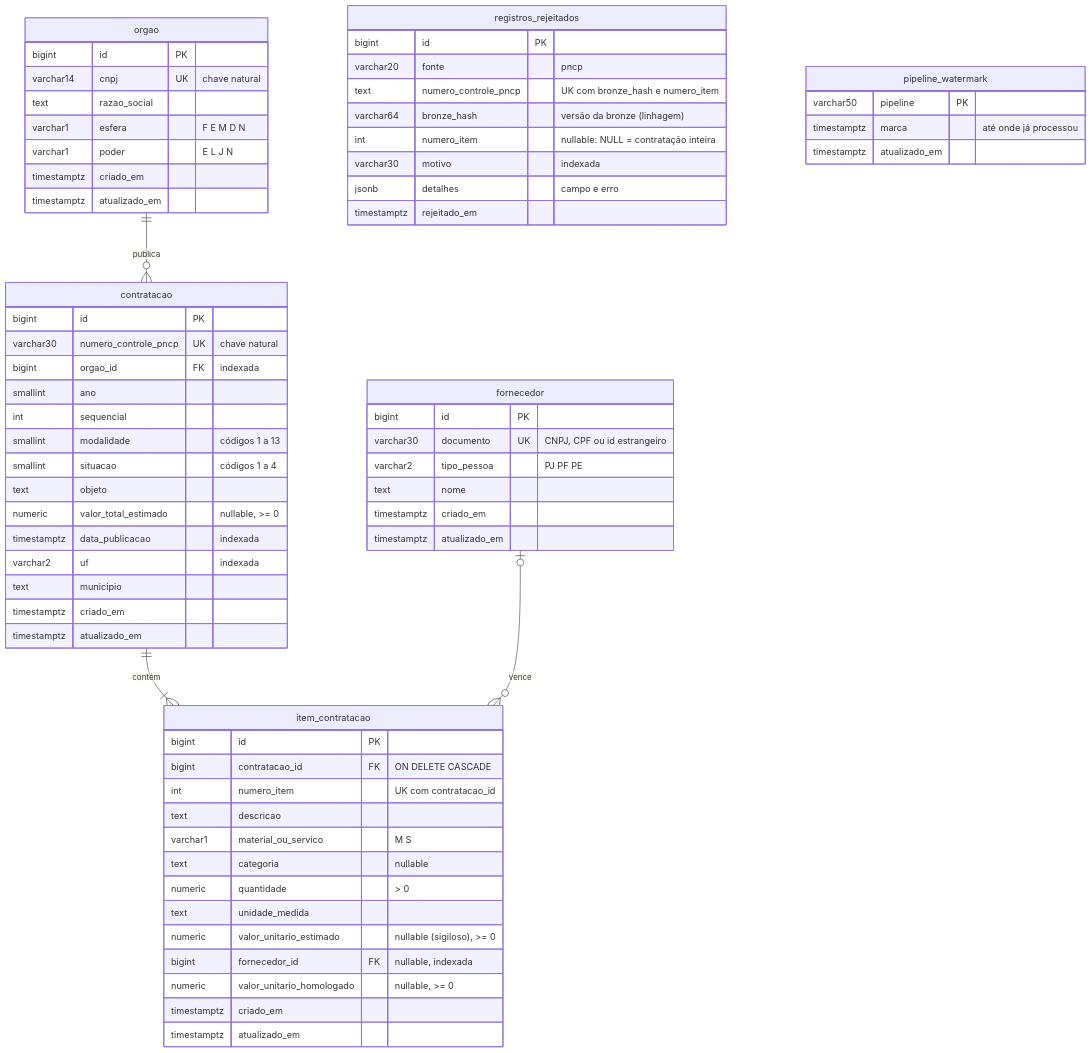
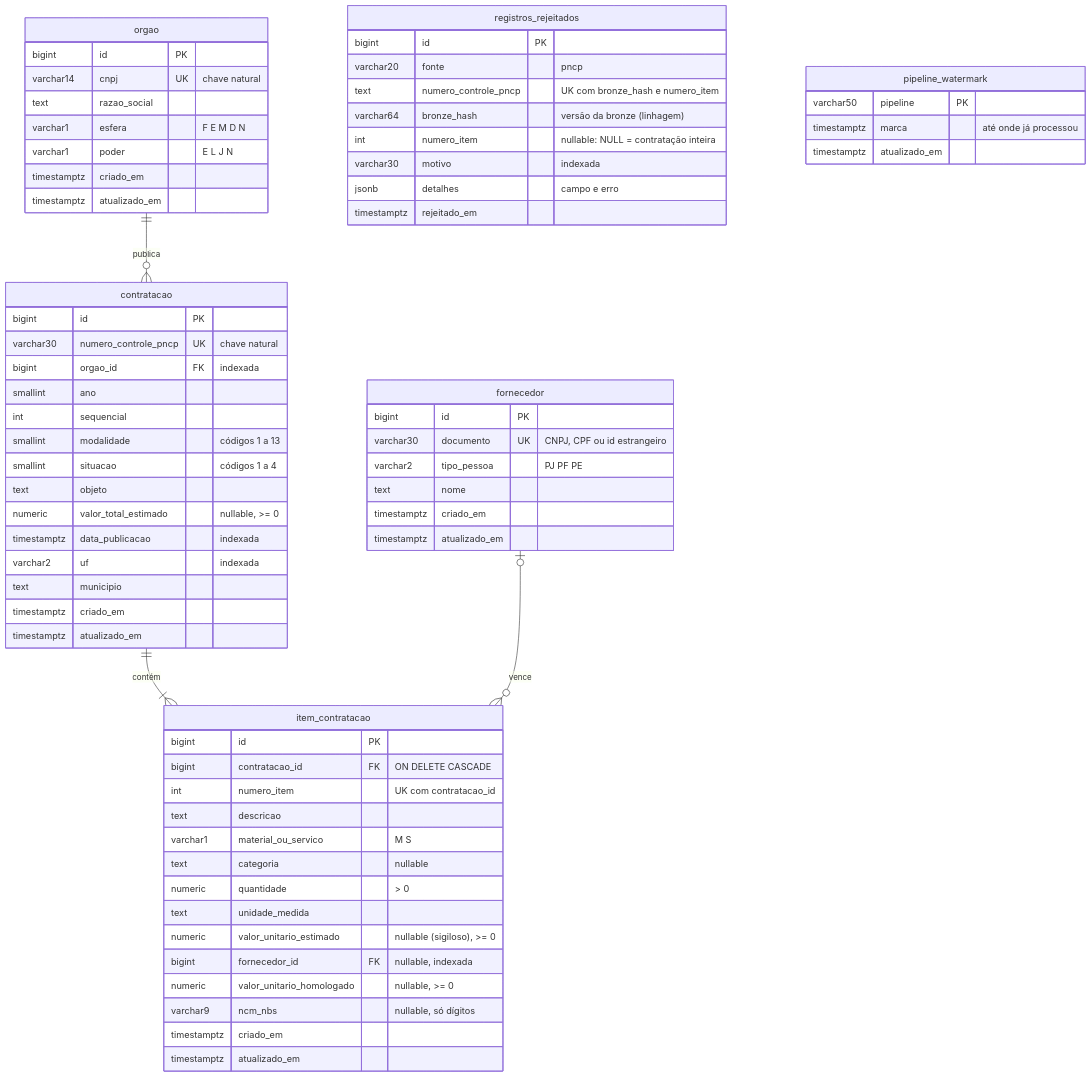
The diagram in docs/modelo-relacional.md (For-Davi/tender-radar), drawn with Mermaid before and after one commit. The commit also changed other lines of this file and 4 other files, not shown here.

````diff
--- a/docs/modelo-relacional.md
+++ b/docs/modelo-relacional.md
@@ -13,75 +17,76 @@
 ```mermaid
 erDiagram
     orgao ||--o{ contratacao : "publica"
     contratacao ||--|{ item_contratacao : "contém"
     fornecedor |o--o{ item_contratacao : "vence"
 
     orgao {
         bigint id PK
         varchar14 cnpj UK "chave natural"
         text razao_social
         varchar1 esfera "F E M D N"
         varchar1 poder "E L J N"
         timestamptz criado_em
         timestamptz atualizado_em
     }
 
     fornecedor {
         bigint id PK
         varchar30 documento UK "CNPJ, CPF ou id estrangeiro"
         varchar2 tipo_pessoa "PJ PF PE"
         text nome
         timestamptz criado_em
         timestamptz atualizado_em
     }
 
     contratacao {
         bigint id PK
         varchar30 numero_controle_pncp UK "chave natural"
         bigint orgao_id FK "indexada"
         smallint ano
         int sequencial
         smallint modalidade "códigos 1 a 13"
         smallint situacao "códigos 1 a 4"
         text objeto
         numeric valor_total_estimado "nullable, >= 0"
         timestamptz data_publicacao "indexada"
         varchar2 uf "indexada"
         text municipio
         timestamptz criado_em
         timestamptz atualizado_em
     }
 
     item_contratacao {
         bigint id PK
         bigint contratacao_id FK "ON DELETE CASCADE"
         int numero_item "UK com contratacao_id"
         text descricao
         varchar1 material_ou_servico "M S"
         text categoria "nullable"
         numeric quantidade "> 0"
         text unidade_medida
         numeric valor_unitario_estimado "nullable (sigiloso), >= 0"
         bigint fornecedor_id FK "nullable, indexada"
         numeric valor_unitario_homologado "nullable, >= 0"
+        varchar9 ncm_nbs "nullable, só dígitos"
         timestamptz criado_em
         timestamptz atualizado_em
     }
 
     registros_rejeitados {
         bigint id PK
         varchar20 fonte "pncp"
         text numero_controle_pncp "UK com bronze_hash e numero_item"
         varchar64 bronze_hash "versão da bronze (linhagem)"
         int numero_item "nullable: NULL = contratação inteira"
         varchar30 motivo "indexada"
         jsonb detalhes "campo e erro"
         timestamptz rejeitado_em
     }
 
     pipeline_watermark {
         varchar50 pipeline PK
         timestamptz marca "até onde já processou"
         timestamptz atualizado_em
     }
 ```
````
